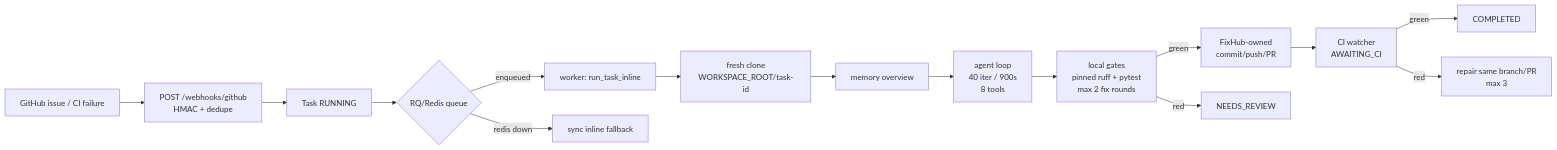
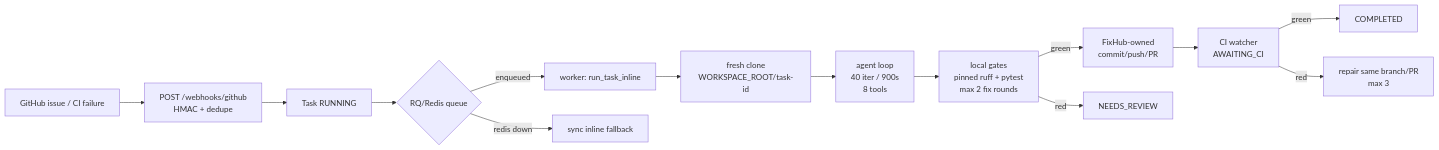
One commit to Fazalsh2909/Fixhub changed the diagram in README.md. Above: the diagram before and after it, drawn with Mermaid. The commit also changed other lines of this file and 31 other files, not shown here.

````diff
--- a/README.md
+++ b/README.md
@@ -27,17 +26,16 @@
 ```mermaid
 flowchart LR
   GH[GitHub issue / CI failure] --> WH[POST /webhooks/github<br/>HMAC + dedupe]
   WH --> T[Task RUNNING]
   T --> Q{RQ/Redis queue}
   Q -->|enqueued| W[worker: run_task_inline]
   Q -->|redis down| S[sync inline fallback]
   W --> C[fresh clone<br/>WORKSPACE_ROOT/task-id]
-  C --> M[memory overview]
-  M --> A[agent loop<br/>40 iter / 900s<br/>8 tools]
+  C --> A[agent loop<br/>40 iter / 900s<br/>8 tools]
   A --> G[local gates<br/>pinned ruff + pytest<br/>max 2 fix rounds]
   G -->|green| P[FixHub-owned<br/>commit/push/PR]
   G -->|red| R[NEEDS_REVIEW]
   P --> CW[CI watcher<br/>AWAITING_CI]
   CW -->|green| OK[COMPLETED]
   CW -->|red| RP[repair same branch/PR<br/>max 3]
 ```
````
